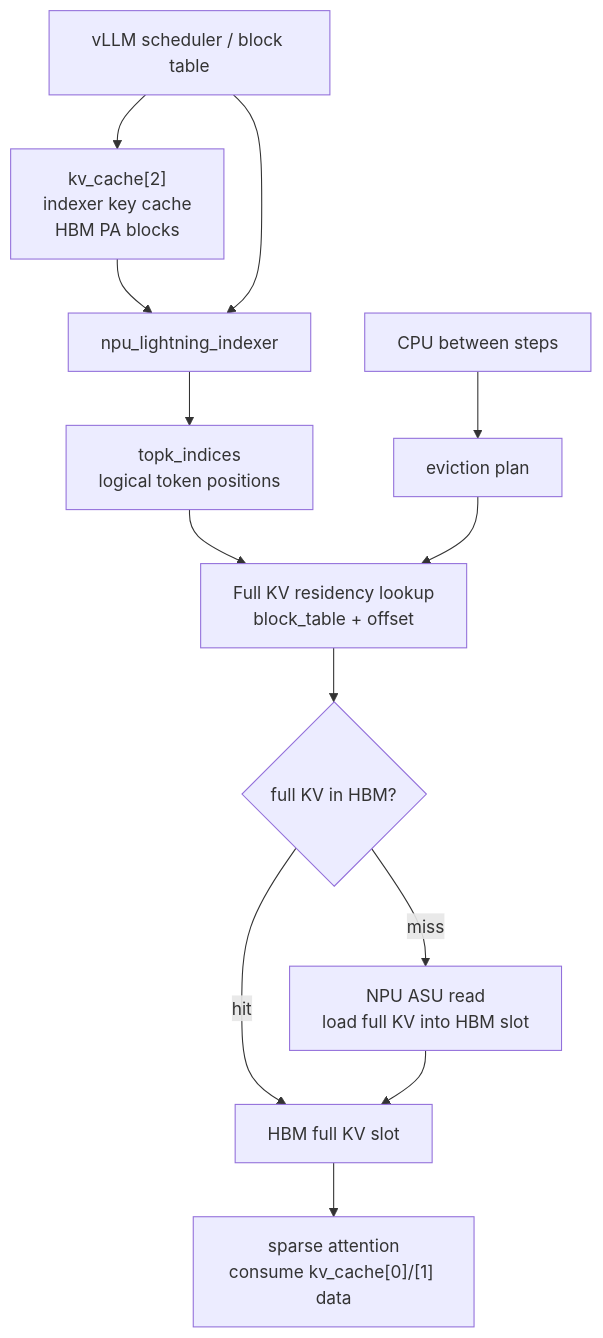
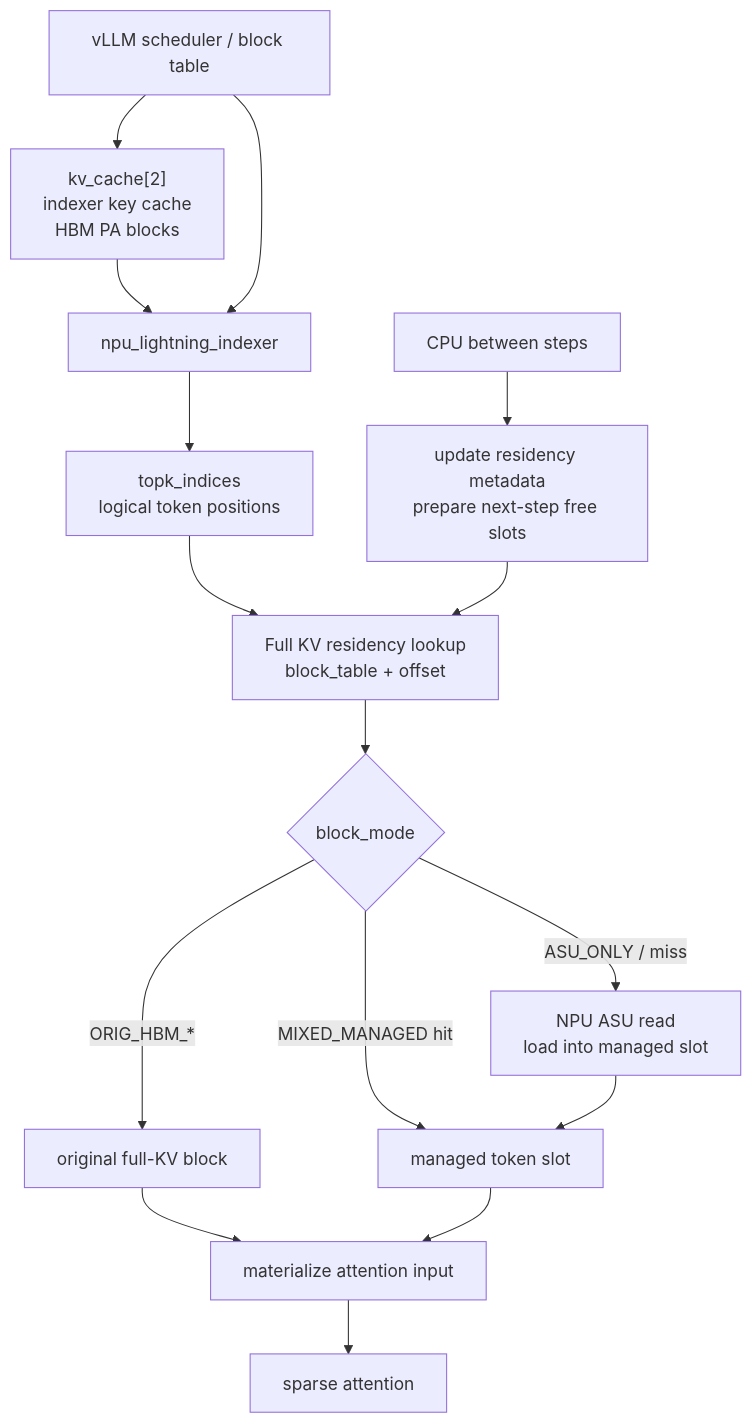
The first of 8 diagrams in docs/draft/2026-06-02-npu-hbm-kvcache-management-draft.md (ykfnxx/ASU-Ascend), drawn with Mermaid before and after one commit. The commit also changed other lines of this file, not shown here.

Commit message:
Refine KVCache draft hybrid residency

````diff
--- a/docs/draft/2026-06-02-npu-hbm-kvcache-management-draft.md
+++ b/docs/draft/2026-06-02-npu-hbm-kvcache-management-draft.md
@@ -189,17 +192,20 @@
 ```mermaid
 flowchart TB
     A["vLLM scheduler / block table"] --> B["kv_cache[2]<br/>indexer key cache<br/>HBM PA blocks"]
     B --> C["npu_lightning_indexer"]
     A --> C
     C --> D["topk_indices<br/>logical token positions"]
 
     D --> E["Full KV residency lookup<br/>block_table + offset"]
-    E --> F{"full KV in HBM?"}
-    F -- "hit" --> G["HBM full KV slot"]
-    F -- "miss" --> H["NPU ASU read<br/>load full KV into HBM slot"]
-    H --> G
-    G --> I["sparse attention<br/>consume kv_cache[0]/[1] data"]
+    E --> F{"block_mode"}
+    F -- "ORIG_HBM_*" --> G["original full-KV block"]
+    F -- "MIXED_MANAGED hit" --> H["managed token slot"]
+    F -- "ASU_ONLY / miss" --> L["NPU ASU read<br/>load into managed slot"]
+    L --> H
+    G --> I["materialize attention input"]
+    H --> I
+    I --> S["sparse attention"]
 
-    J["CPU between steps"] --> K["eviction plan"]
+    J["CPU between steps"] --> K["update residency metadata<br/>prepare next-step free slots"]
     K --> E
 ```
````
